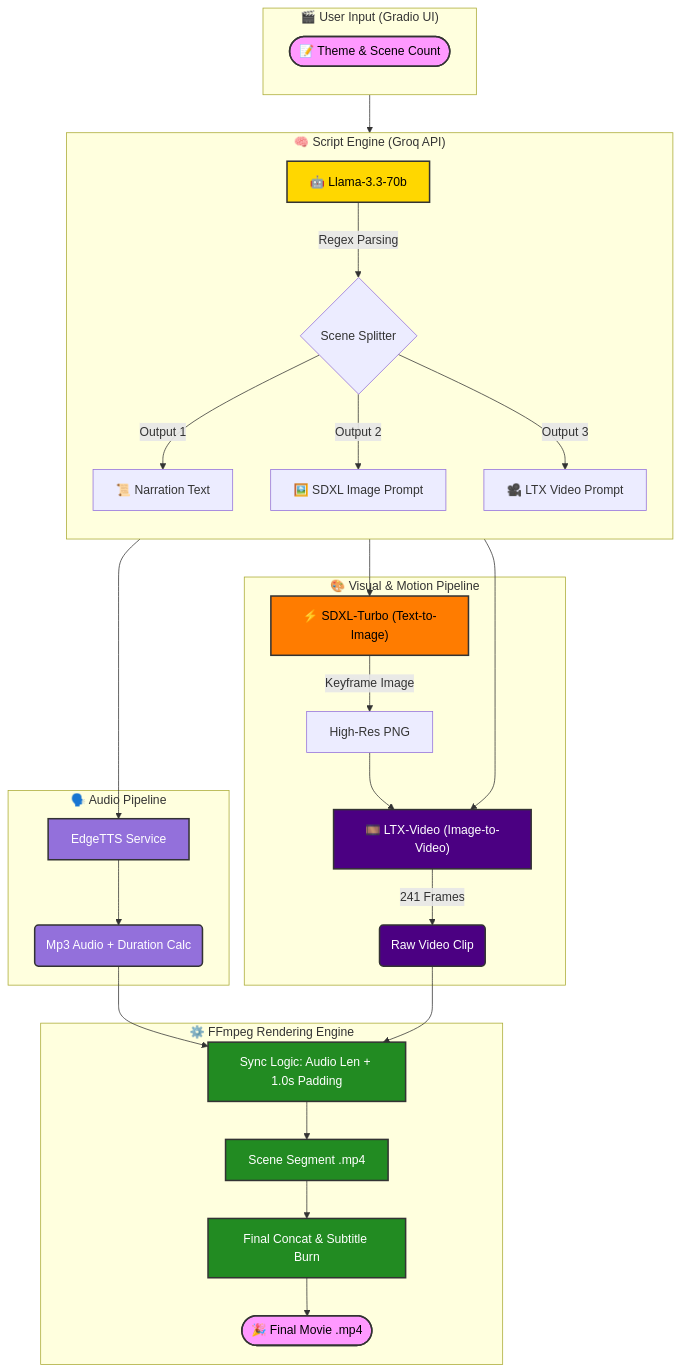
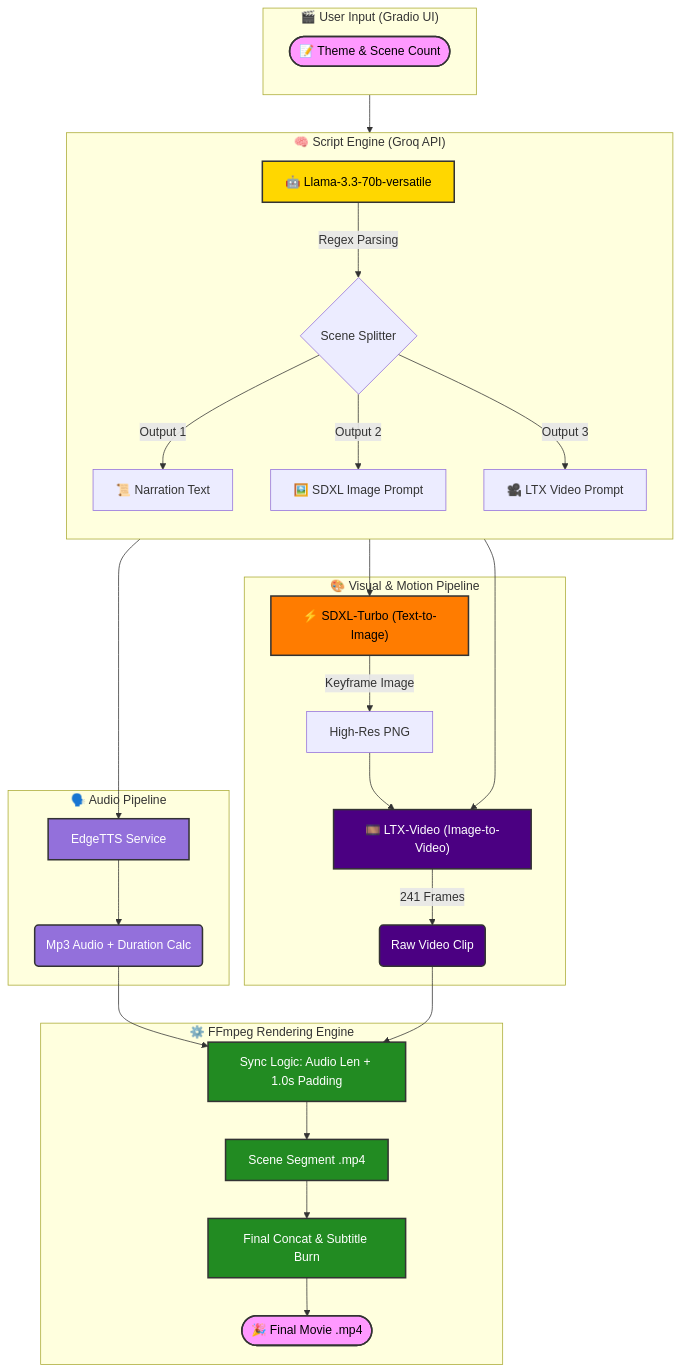
Before and after one commit to DerKodex-Repo-Curator/Nano_Cinema_AI_Video_Studio: the diagram in README.md, drawn with Mermaid. The commit also changed other lines of this file, not shown here.

````diff
--- a/README.md
+++ b/README.md
@@ -45,49 +45,49 @@
 ```mermaid
 graph TD
     %% 定義樣式
     classDef input fill:#f9f,stroke:#333,stroke-width:2px,color:black;
     classDef llm fill:#FFD700,stroke:#333,stroke-width:2px,color:black;
     classDef vis fill:#FF7C00,stroke:#333,stroke-width:2px,color:black;
     classDef aud fill:#9370DB,stroke:#333,stroke-width:2px,color:white;
     classDef vid fill:#4B0082,stroke:#333,stroke-width:2px,color:white;
     classDef render fill:#228B22,stroke:#333,stroke-width:2px,color:white;
 
     %% 流程開始
     subgraph User_Input ["🎬 User Input (Gradio UI)"]
         direction TB
         A(["📝 Theme & Scene Count"]):::input
     end
 
     subgraph Script_Engine ["🧠 Script Engine (Groq API)"]
         direction TB
-        B["🤖 Llama-3.3-70b"]:::llm
+        B["🤖 Llama-3.3-70b-versatile"]:::llm
         B -->|Regex Parsing| C{Scene Splitter}
         C -->|Output 1| D["📜 Narration Text"]
         C -->|Output 2| E["🖼️ SDXL Image Prompt"]
         C -->|Output 3| F["🎥 LTX Video Prompt"]
     end
 
     subgraph Audio_Pipeline ["🗣️ Audio Pipeline"]
         D --> G["EdgeTTS Service"]:::aud
         G --> H("Mp3 Audio + Duration Calc"):::aud
     end
 
     subgraph Visual_Pipeline ["🎨 Visual & Motion Pipeline"]
         E --> I["⚡ SDXL-Turbo (Text-to-Image)"]:::vis
         I -->|Keyframe Image| J["High-Res PNG"]
         J --> K["🎞️ LTX-Video (Image-to-Video)"]:::vid
         F --> K
         K -->|241 Frames| L("Raw Video Clip"):::vid
     end
 
     subgraph Composition ["⚙️ FFmpeg Rendering Engine"]
         H --> M["Sync Logic: Audio Len + 1.0s Padding"]:::render
         L --> M
         M --> N["Scene Segment .mp4"]:::render
         N --> O["Final Concat & Subtitle Burn"]:::render
         O --> P(["🎉 Final Movie .mp4"]):::input
     end
 
     %% 連接層級
     A --> B
 ```
````
